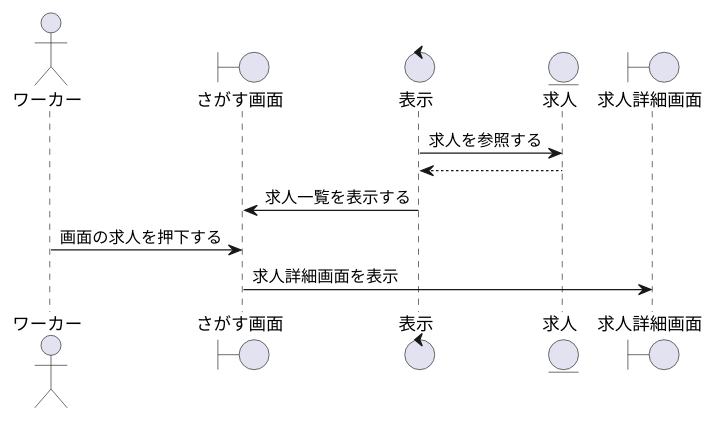
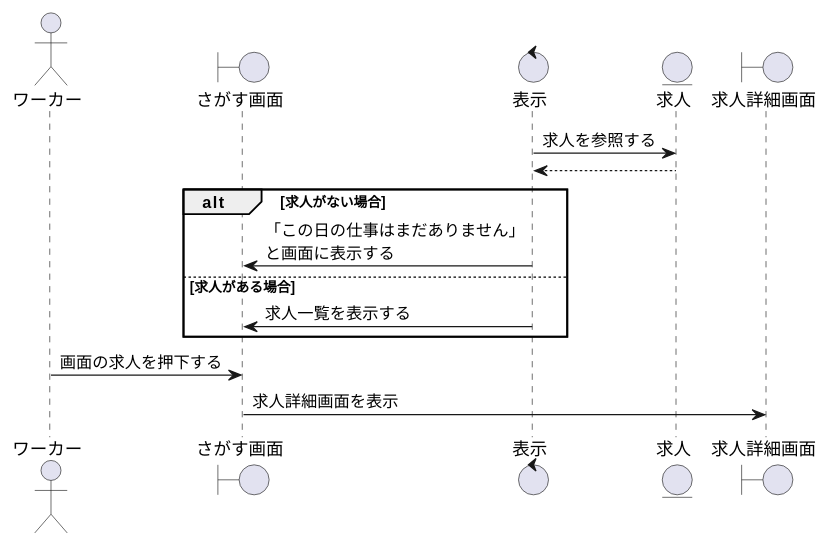
One commit to irukacb256/high_Me changed the diagram in sequence_fig/2_search_fn/02_求人の詳細を閲覧する.pu. Above: the diagram before and after it, drawn with PlantUML. The commit also changed 3 other files, not shown here.

```diff
--- a/sequence_fig/2_search_fn/02_求人の詳細を閲覧する.pu
+++ b/sequence_fig/2_search_fn/02_求人の詳細を閲覧する.pu
@@ -1,18 +1,24 @@
 @startuml 求人の詳細を閲覧する
 
 actor    ワーカー    as wo1
 boundary さがす画面  as sc1
 control  表示        as co1
 entity   求人        as jb1
 boundary 求人詳細画面 as jd1
 
 co1 -> jb1 : 求人を参照する
 jb1 --> co1 
 
-co1 -> sc1 : 求人一覧を表示する
+alt 求人がない場合 
+    co1 -> sc1 : 「この日の仕事はまだありません」\nと画面に表示する
+
+else 求人がある場合
+    co1 -> sc1 : 求人一覧を表示する
+
+end
 
 wo1 -> sc1 : 画面の求人を押下する
 
 sc1 -> jd1 : 求人詳細画面を表示
 
 @enduml
```
